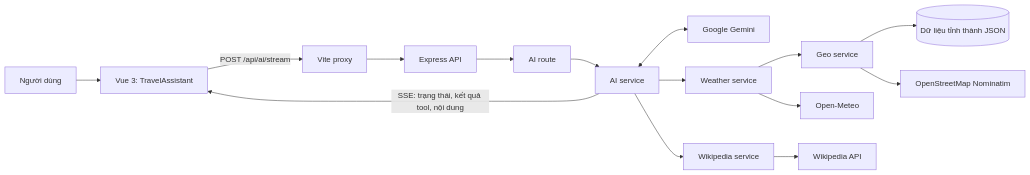
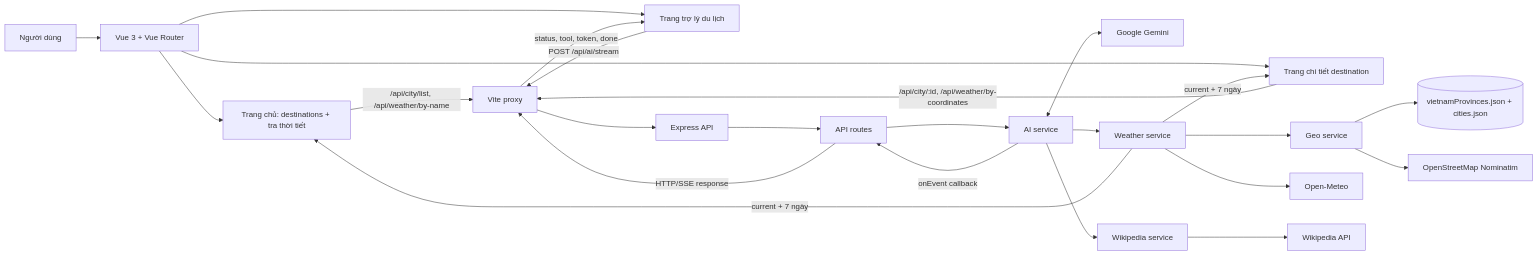
Before and after one commit to zdevlongnguz-blip/asm-v2: the first of 2 diagrams in BAO-CAO-TONG-QUAN-DU-AN.md, drawn with Mermaid. The commit also changed other lines of this file and 30 other files, not shown here.

````diff
--- a/BAO-CAO-TONG-QUAN-DU-AN.md
+++ b/BAO-CAO-TONG-QUAN-DU-AN.md
@@ -61,17 +68,26 @@
 ```mermaid
 flowchart LR
-    U[Người dùng] --> V[Vue 3: TravelAssistant]
-    V -->|POST /api/ai/stream| P[Vite proxy]
+    U[Người dùng] --> V[Vue 3 + Vue Router]
+    V --> H[Trang chủ: destinations + tra thời tiết]
+    V --> D[Trang chi tiết destination]
+    V --> T[Trang trợ lý du lịch]
+    H -->|/api/city/list, /api/weather/by-name| P[Vite proxy]
+    D -->|/api/city/:id, /api/weather/by-coordinates| P
+    T -->|POST /api/ai/stream| P
     P --> E[Express API]
-    E --> R[AI route]
+    E --> R[API routes]
     R --> A[AI service]
     A <--> G[Google Gemini]
     A --> W[Weather service]
     A --> I[Wikipedia service]
     W --> C[Geo service]
-    C --> D[(Dữ liệu tỉnh thành JSON)]
+    C --> J[(vietnamProvinces.json + cities.json)]
     C --> N[OpenStreetMap Nominatim]
     W --> M[Open-Meteo]
     I --> X[Wikipedia API]
-    A -->|SSE: trạng thái, kết quả tool, nội dung| V
+    A -->|onEvent callback| R
+    R -->|HTTP/SSE response| P
+    P -->|status, tool, token, done| T
+    W -->|current + 7 ngày| H
+    W -->|current + 7 ngày| D
 ```
````
